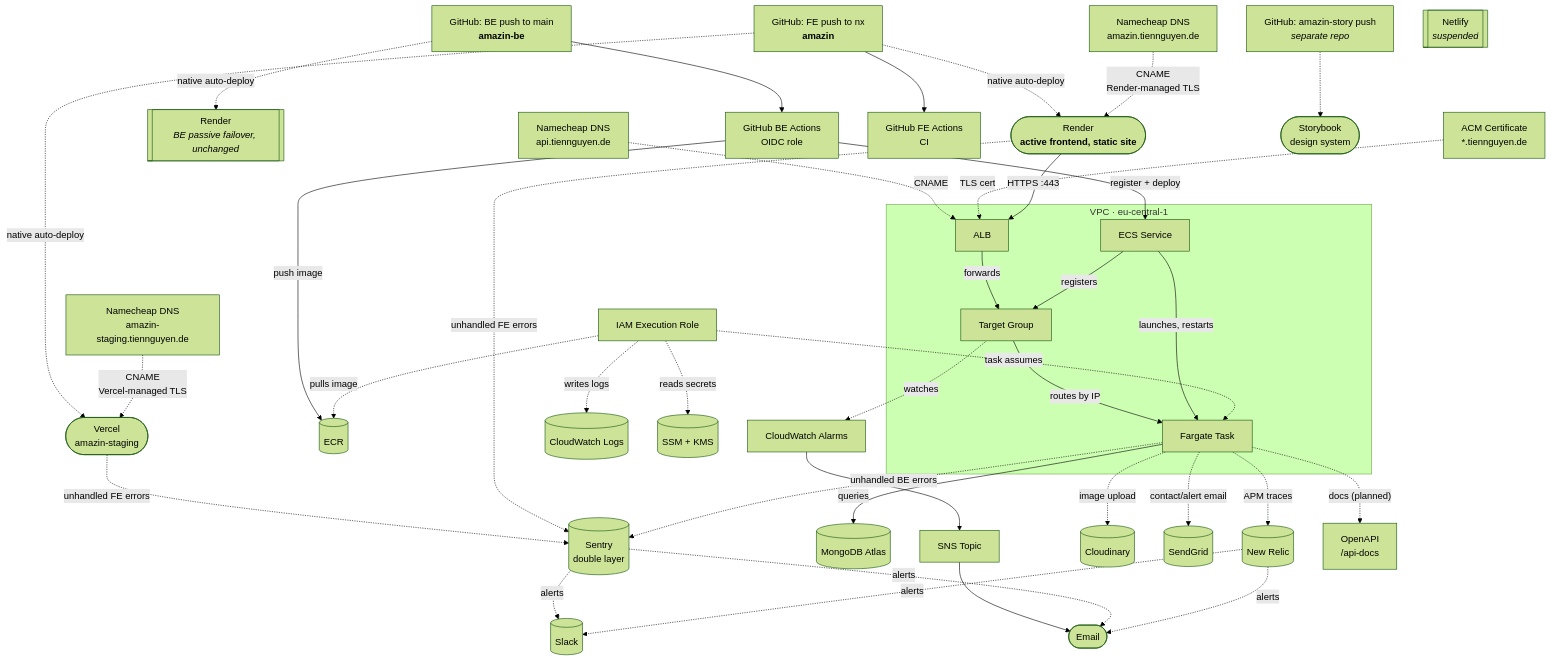
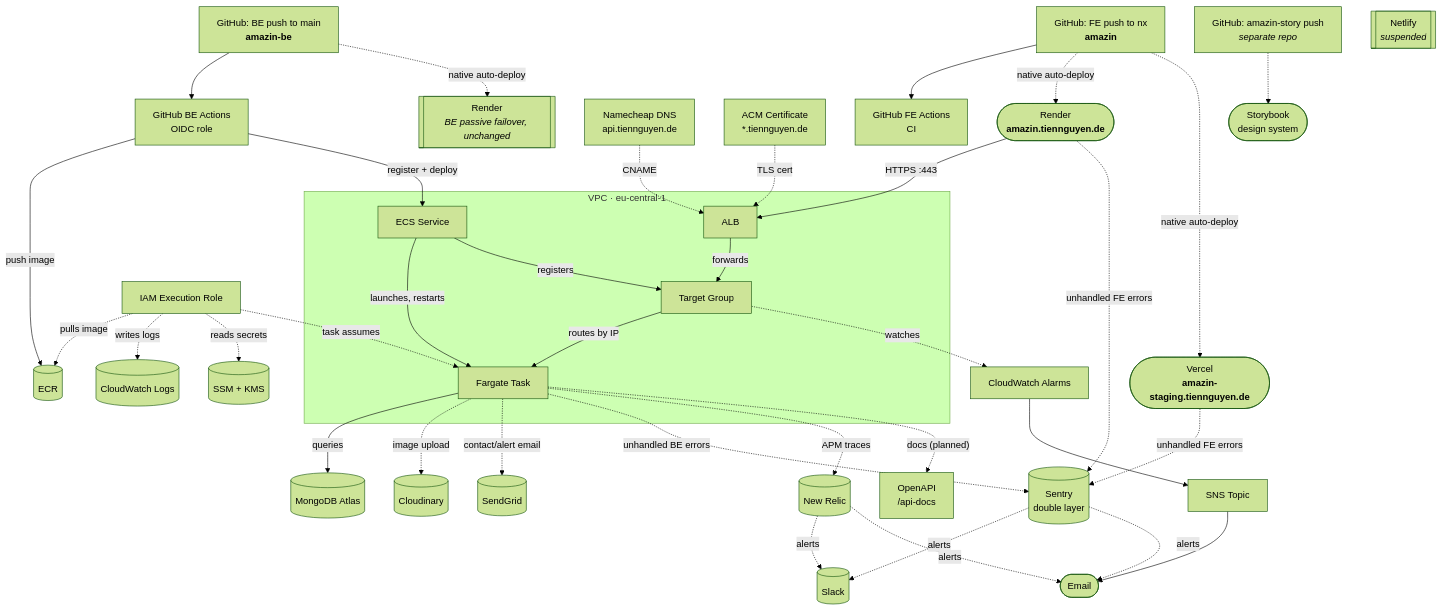
The diagram in README.md (ntrix/amazin), drawn with Mermaid (forest theme) before and after one commit.

Commit message:
docs(readme): drop separate Namecheap DNS nodes, fold domain into host node labels

````diff
--- a/README.md
+++ b/README.md
@@ -112,56 +112,54 @@
 ```mermaid
 flowchart TB
   GitHubBE["GitHub: BE push to main<br/><b>amazin-be</b>"] --> ActionsBE["GitHub BE Actions<br/>OIDC role"]
   ActionsBE -->|"push image"| ECR[("ECR")]
   ActionsBE -->|"register + deploy"| Service
   GitHubBE -.->|"native auto-deploy"| Render
 
   DNS["Namecheap DNS<br/>api.tiennguyen.de"] -. CNAME .-> ALB
   ACM["ACM Certificate<br/>*.tiennguyen.de"] -. "TLS cert" .-> ALB
 
   GitHubFE["GitHub: FE push to nx<br/><b>amazin</b>"] --> ActionsFE["GitHub FE Actions<br/>CI"]
-  GitHubFE -.->|"native auto-deploy"| RenderFE(["Render<br/><b>active frontend, static site</b>"])
-  DNSFE["Namecheap DNS<br/>amazin.tiennguyen.de"] -. "CNAME<br/>Render-managed TLS" .-> RenderFE
+  GitHubFE -.->|"native auto-deploy"| RenderFE(["Render<br/><b>amazin.tiennguyen.de</b>"])
   RenderFE -->|"HTTPS :443"| ALB["ALB"]
-  GitHubFE -.->|"native auto-deploy"| VercelStaging(["Vercel<br/>amazin-staging"])
-  DNSStaging["Namecheap DNS<br/>amazin-staging.tiennguyen.de"] -. "CNAME<br/>Vercel-managed TLS" .-> VercelStaging
+  GitHubFE -.->|"native auto-deploy"| VercelStaging(["Vercel<br/><b>amazin-staging.tiennguyen.de</b>"])
   VercelStaging -. "unhandled FE errors" .-> Sentry
   ALB -->|forwards| TG["Target Group"]
   TG -->|"routes by IP"| Task["Fargate Task"]
   Task -->|queries| Mongo[("MongoDB Atlas")]
   Service["ECS Service"] -->|"launches, restarts"| Task
   Service -->|registers| TG
   RenderFE -. "unhandled FE errors" .-> Sentry
 
   Role["IAM Execution Role"] -. "task assumes" .-> Task
   Role -. "pulls image" .-> ECR
   Role -. "writes logs" .-> Logs[("CloudWatch Logs")]
   Role -. "reads secrets" .-> SSM[("SSM + KMS")]
 
   TG -. watches .-> Alarms["CloudWatch Alarms"]
   Alarms --> SNS["SNS Topic"]
   SNS --> Email([Email])
 
   Task -. "image upload" .-> Cloudinary[("Cloudinary")]
   Task -. "contact/alert email" .-> SendGrid[("SendGrid")]
 
   Sentry -. alerts .-> Slack[("Slack")]
   Sentry -. alerts .-> Email
   NewRelic -. alerts .-> Slack
   NewRelic -. alerts .-> Email
   Task -. "unhandled BE errors" .-> Sentry[("Sentry<br>double layer")]
   Task -. "APM traces" .-> NewRelic[("New Relic")]
   Task -. "docs (planned)" .-> OpenAPI["OpenAPI<br>/api-docs"]
 
   GitHubStory["GitHub: amazin-story push<br/><i>separate repo</i>"] -.-> Storybook(["Storybook<br/>design system"])
 
   Render[["Render<br/><i>BE passive failover, unchanged</i>"]]
   Netlify[["Netlify<br/><i>suspended</i>"]]
 
   subgraph VPC["VPC · eu-central-1"]
     ALB
     TG
     Task
     Service
   end
 ```
````
